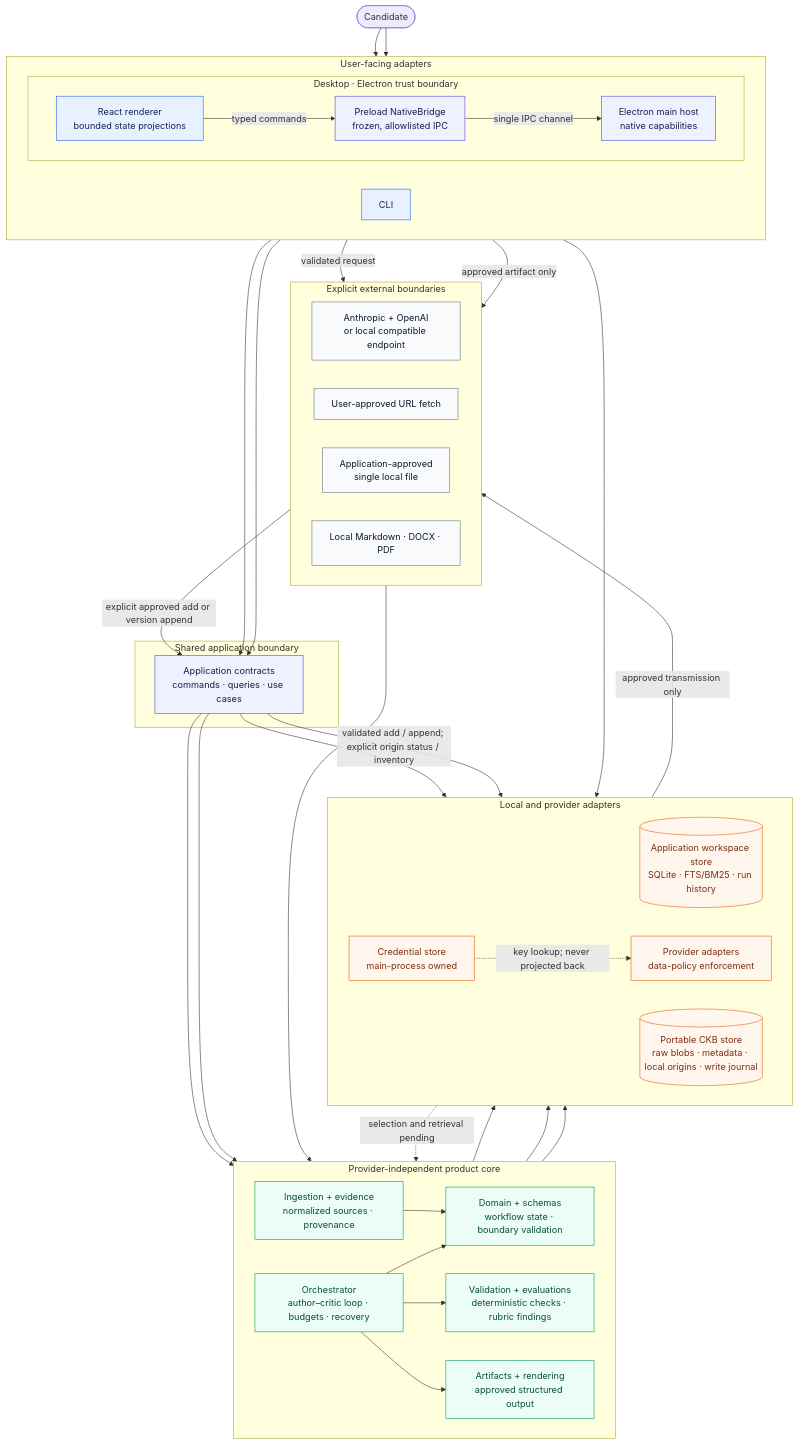
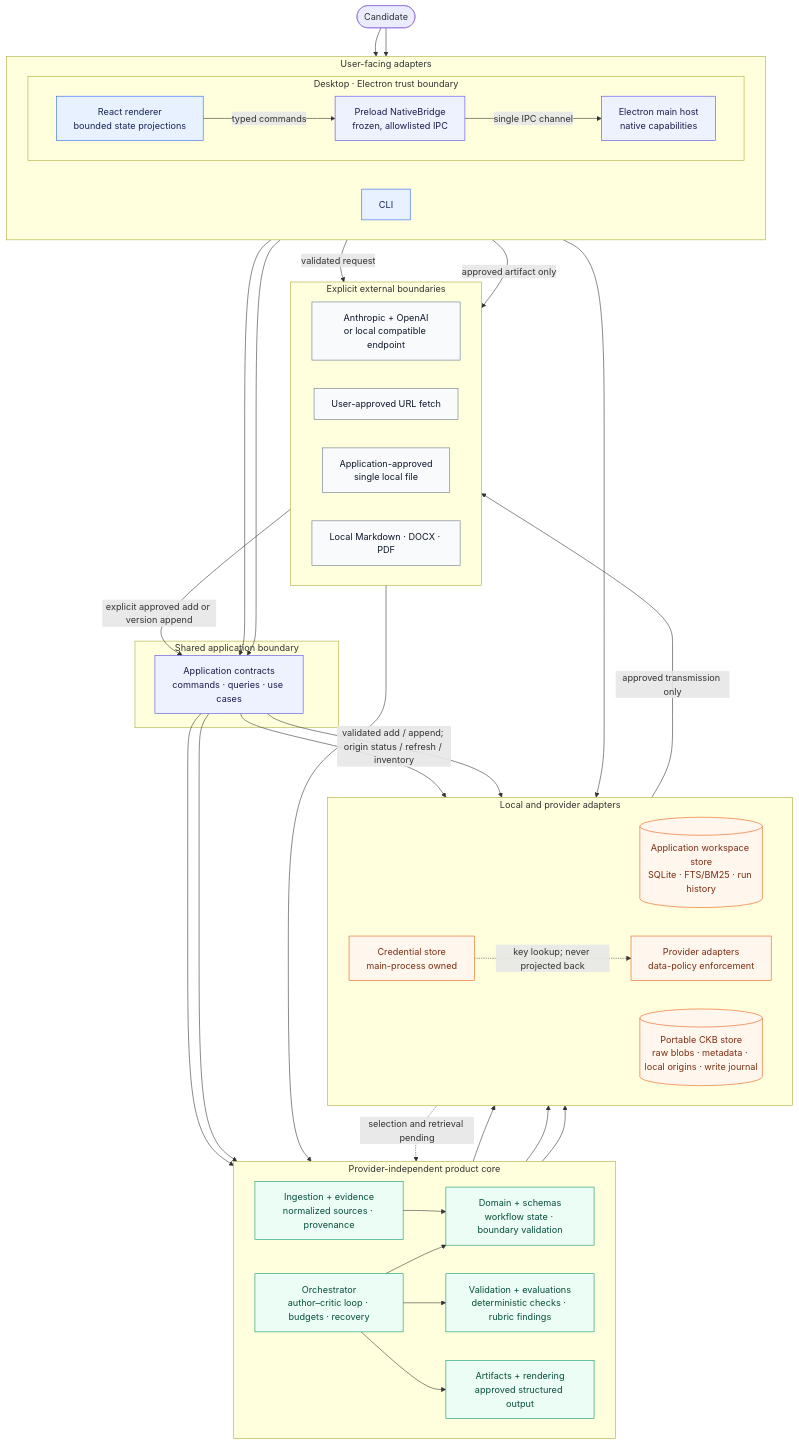
The diagram in docs/architecture.md (akoita/draft-loop), drawn with Mermaid before and after one commit. The commit also changed other lines of this file and 7 other files, not shown here.

````diff
--- a/docs/architecture.md
+++ b/docs/architecture.md
@@ -10,82 +10,82 @@
 ```mermaid
 flowchart TB
     User([Candidate])
 
     subgraph Adapters["User-facing adapters"]
         direction LR
         CLI["CLI"]
 
         subgraph Desktop["Desktop · Electron trust boundary"]
             direction LR
             Renderer["React renderer<br/>bounded state projections"]
             Bridge["Preload NativeBridge<br/>frozen, allowlisted IPC"]
             Host["Electron main host<br/>native capabilities"]
             Renderer -->|"typed commands"| Bridge
             Bridge -->|"single IPC channel"| Host
         end
     end
 
     subgraph Application["Shared application boundary"]
         App["Application contracts<br/>commands · queries · use cases"]
     end
 
     subgraph Core["Provider-independent product core"]
         direction LR
         Orchestrator["Orchestrator<br/>author–critic loop · budgets · recovery"]
         Domain["Domain + schemas<br/>workflow state · boundary validation"]
         Knowledge["Ingestion + evidence<br/>normalized sources · provenance"]
         Quality["Validation + evaluations<br/>deterministic checks · rubric findings"]
         Artifacts["Artifacts + rendering<br/>approved structured output"]
         Orchestrator --> Domain
         Knowledge --> Domain
         Orchestrator --> Quality
         Orchestrator --> Artifacts
     end
 
     subgraph Infrastructure["Local and provider adapters"]
         direction LR
         WorkspaceStore[("Application workspace store<br/>SQLite · FTS/BM25 · run history")]
         CKBStore[("Portable CKB store<br/>raw blobs · metadata · local origins · write journal")]
         Providers["Provider adapters<br/>data-policy enforcement"]
         Credentials["Credential store<br/>main-process owned"]
     end
 
     subgraph External["Explicit external boundaries"]
         direction LR
         Models["Anthropic + OpenAI<br/>or local compatible endpoint"]
         URL["User-approved URL fetch"]
         LocalFile["Application-approved<br/>single local file"]
         Export["Local Markdown · DOCX · PDF"]
     end
 
     User --> CLI
     User --> Renderer
     CLI --> App
     Host --> App
     App --> Orchestrator
     App --> Knowledge
     App --> WorkspaceStore
     Domain --> WorkspaceStore
     Knowledge --> WorkspaceStore
-    App -->|"validated add / append; explicit origin status / inventory"| CKBStore
+    App -->|"validated add / append; origin status / refresh / inventory"| CKBStore
     CKBStore -.->|"selection and retrieval pending"| Knowledge
     Orchestrator --> Providers
     Host --> Credentials
     Credentials -.->|"key lookup; never projected back"| Providers
     Providers -->|"approved transmission only"| Models
     Host -->|"validated request"| URL
     URL --> Knowledge
     LocalFile -->|"explicit approved add or version append"| App
     Host -->|"approved artifact only"| Export
 
     classDef ui fill:#e8f1ff,stroke:#2563eb,color:#172554;
     classDef boundary fill:#eef2ff,stroke:#4f46e5,color:#1e1b4b;
     classDef core fill:#ecfdf5,stroke:#059669,color:#064e3b;
     classDef infra fill:#fff7ed,stroke:#ea580c,color:#7c2d12;
     classDef external fill:#f8fafc,stroke:#64748b,color:#0f172a;
     class CLI,Renderer ui;
     class Bridge,Host,App boundary;
     class Orchestrator,Domain,Knowledge,Quality,Artifacts core;
     class WorkspaceStore,CKBStore,Providers,Credentials infra;
     class Models,URL,LocalFile,Export external;
 ```
````
